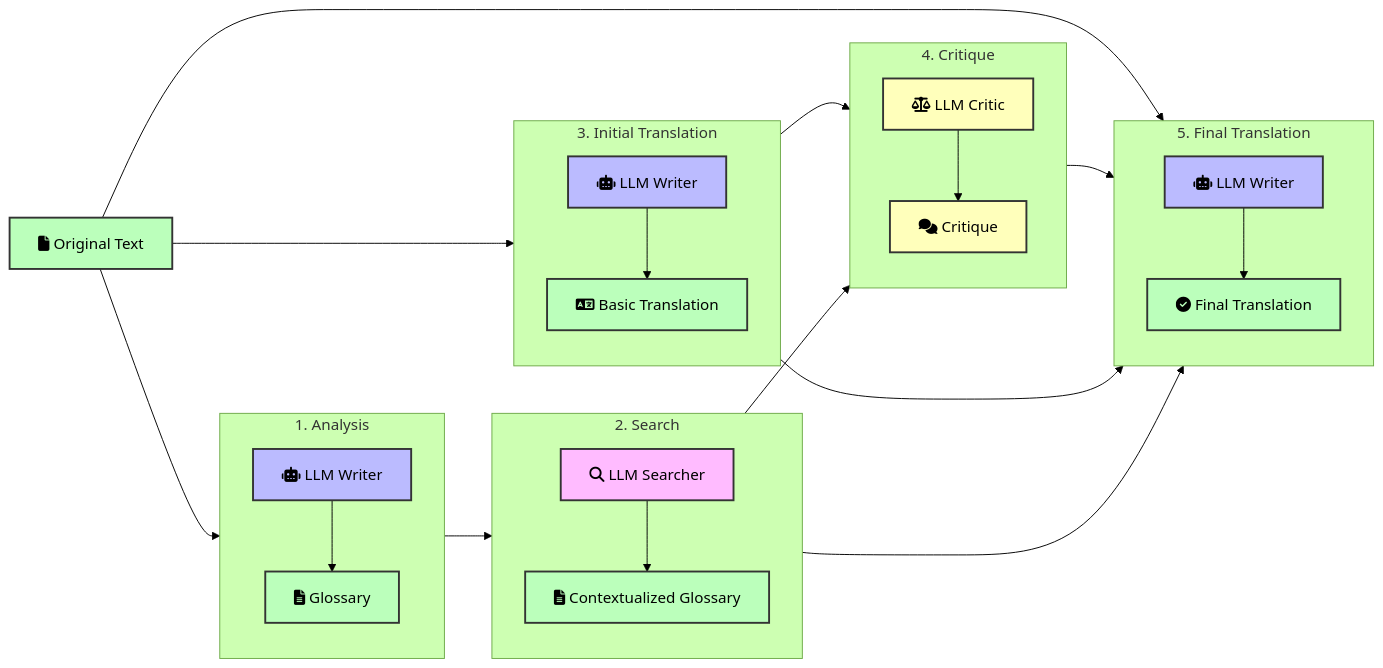
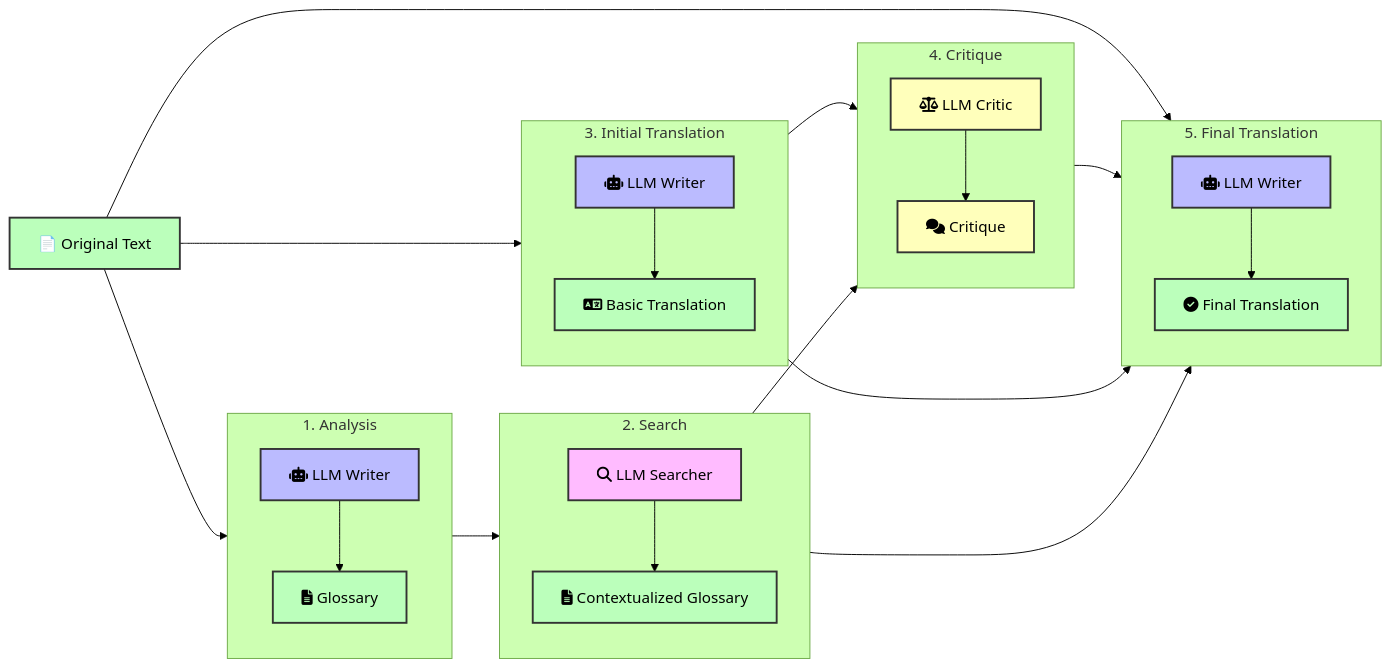
The diagram in README.md (DavidLMS/aphra), drawn with Mermaid (forest theme) before and after one commit.

````diff
--- a/README.md
+++ b/README.md
@@ -3,49 +3,49 @@
 ```mermaid
 flowchart LR
-    T[fa:fa-file Original Text]
+    T[📄 Original Text]
     
     subgraph "1. Analysis"
         direction TB
         A[fa:fa-robot LLM Writer] -->C[fa:fa-file-alt Glossary]
     end
     
     subgraph "2. Search"
         direction TB
         D[fa:fa-search LLM Searcher] --> F[fa:fa-file-alt Contextualized Glossary]
     end
     
     subgraph "3. Initial Translation"
         direction TB
         G[fa:fa-robot LLM Writer] -->H[fa:fa-language Basic Translation]
     end
     
     subgraph "4. Critique"
         direction TB
         I[fa:fa-balance-scale LLM Critic] --> J[fa:fa-comments Critique]
     end
     
     subgraph "5. Final Translation"
         direction TB
         K[fa:fa-robot LLM Writer] --> L[fa:fa-check-circle Final Translation]
     end
 
     T --> A
     T --> G
     C --> D
     F --> I
     H --> I
     T --> K
     H --> K
     F --> K
     J --> K
     
     classDef default fill:#abb,stroke:#333,stroke-width:2px;
     classDef robot fill:#bbf,stroke:#333,stroke-width:2px;
     classDef document fill:#bfb,stroke:#333,stroke-width:2px;
     classDef search fill:#fbf,stroke:#333,stroke-width:2px;
     classDef critic fill:#ffb,stroke:#333,stroke-width:2px;
     class A,G,K robot;
     class T,B,C,F,H,L document;
     class D search;
     class I,J critic;
 ```
````
